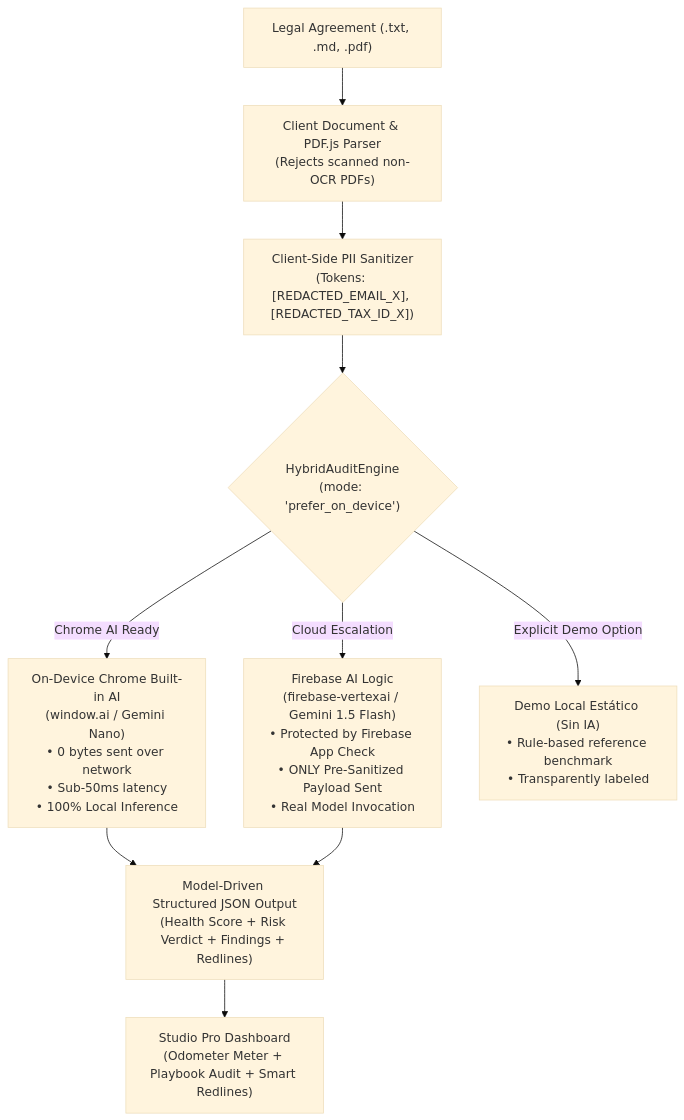
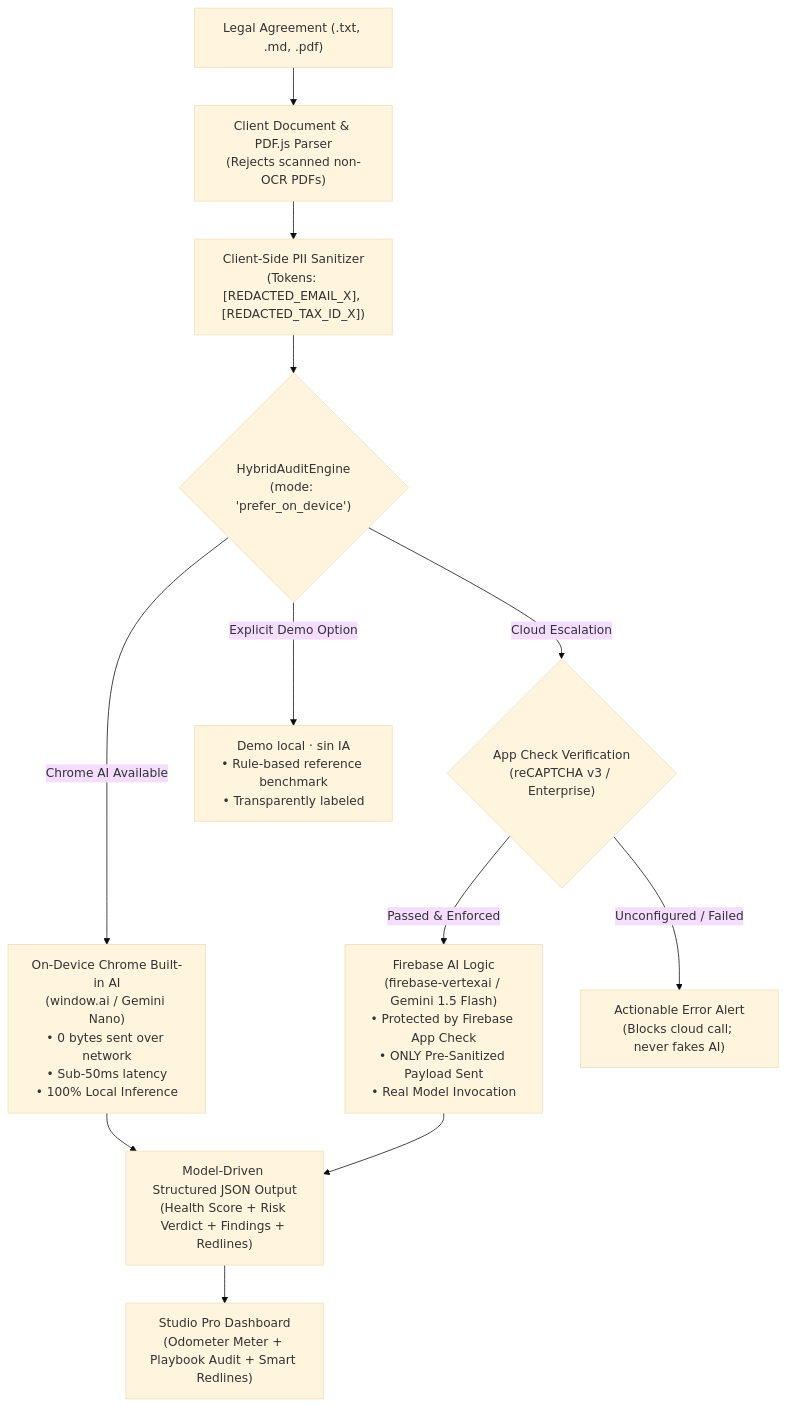
Before and after one commit to alfredoalvarado53-ui/omniaudit-ai: the diagram in README.md, drawn with Mermaid (base theme). The commit also changed other lines of this file and 3 other files, not shown here.

Commit message:
fix(evaluator): strict JSON validation, mandatory App Check preflight, and clean project lifecycle

````diff
--- a/README.md
+++ b/README.md
@@ -34,18 +35,20 @@
 ```mermaid
 flowchart TD
     Doc["Legal Agreement (.txt, .md, .pdf)"] --> ClientParser["Client Document & PDF.js Parser\n(Rejects scanned non-OCR PDFs)"]
     ClientParser --> LocalSanitizer["Client-Side PII Sanitizer\n(Tokens: [REDACTED_EMAIL_X], [REDACTED_TAX_ID_X])"]
     
     LocalSanitizer --> EngineRouter{"HybridAuditEngine\n(mode: 'prefer_on_device')"}
     
-    EngineRouter -->|Chrome AI Ready| NanoNode["On-Device Chrome Built-in AI\n(window.ai / Gemini Nano)\n• 0 bytes sent over network\n• Sub-50ms latency\n• 100% Local Inference"]
+    EngineRouter -->|Chrome AI Available| NanoNode["On-Device Chrome Built-in AI\n(window.ai / Gemini Nano)\n• 0 bytes sent over network\n• Sub-50ms latency\n• 100% Local Inference"]
     
-    EngineRouter -->|Cloud Escalation| CloudNode["Firebase AI Logic\n(firebase-vertexai / Gemini 1.5 Flash)\n• Protected by Firebase App Check\n• ONLY Pre-Sanitized Payload Sent\n• Real Model Invocation"]
+    EngineRouter -->|Cloud Escalation| AppCheckGate{"App Check Verification\n(reCAPTCHA v3 / Enterprise)"}
+    AppCheckGate -->|Passed & Enforced| CloudNode["Firebase AI Logic\n(firebase-vertexai / Gemini 1.5 Flash)\n• Protected by Firebase App Check\n• ONLY Pre-Sanitized Payload Sent\n• Real Model Invocation"]
+    AppCheckGate -->|Unconfigured / Failed| ErrorBlock["Actionable Error Alert\n(Blocks cloud call; never fakes AI)"]
     
-    EngineRouter -->|Explicit Demo Option| DemoNode["Demo Local Estático (Sin IA)\n• Rule-based reference benchmark\n• Transparently labeled"]
+    EngineRouter -->|Explicit Demo Option| DemoNode["Demo local · sin IA\n• Rule-based reference benchmark\n• Transparently labeled"]
     
     NanoNode --> StructuredOutput["Model-Driven Structured JSON Output\n(Health Score + Risk Verdict + Findings + Redlines)"]
     CloudNode --> StructuredOutput
     
     StructuredOutput --> StudioUI["Studio Pro Dashboard\n(Odometer Meter + Playbook Audit + Smart Redlines)"]
 ```
````
